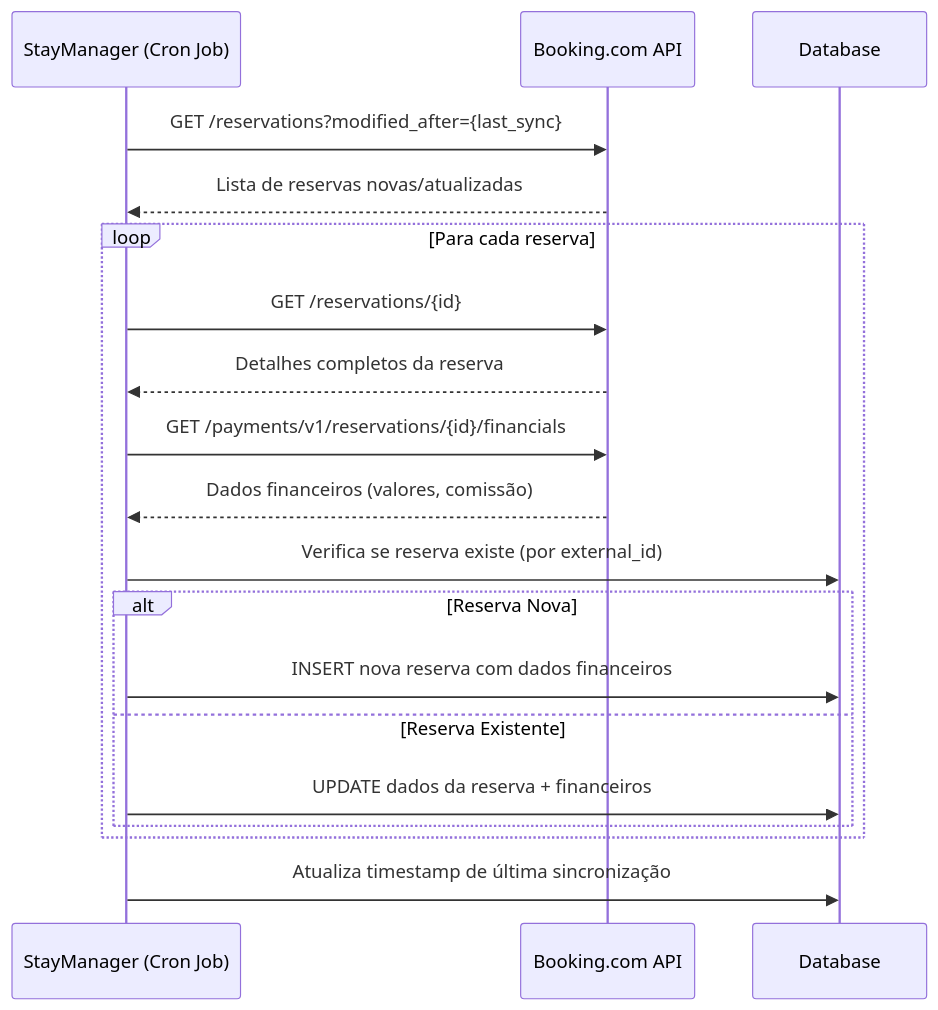
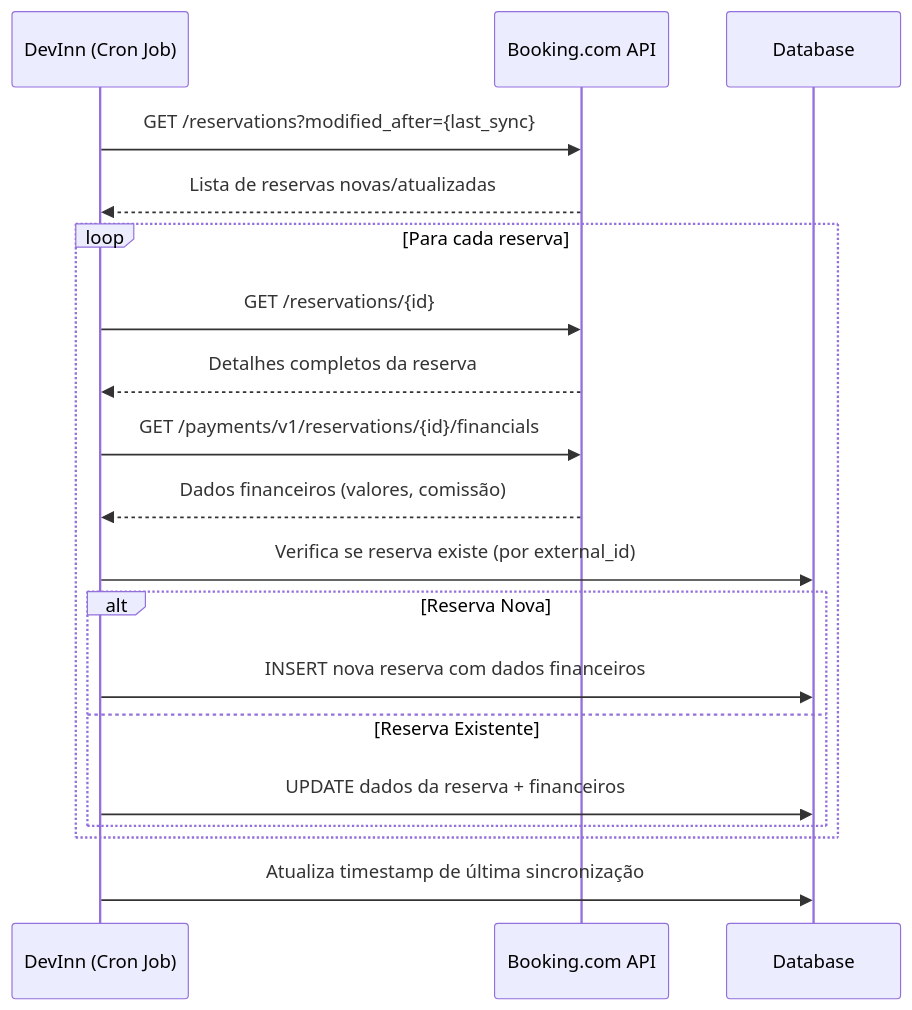
One commit to raffreitas/devinn changed the first of 3 diagrams in docs/INTEGRACAO-BOOKING.md. Above: the diagram before and after it, drawn with Mermaid. The commit also changed other lines of this file and 3 other files, not shown here.

````diff
--- a/docs/INTEGRACAO-BOOKING.md
+++ b/docs/INTEGRACAO-BOOKING.md
@@ -188,27 +188,27 @@
 ```mermaid
 sequenceDiagram
-    participant Cron as StayManager (Cron Job)
+    participant Cron as DevInn (Cron Job)
     participant API as Booking.com API
     participant DB as Database
 
     Cron->>API: GET /reservations?modified_after={last_sync}
     API-->>Cron: Lista de reservas novas/atualizadas
 
     loop Para cada reserva
         Cron->>API: GET /reservations/{id}
         API-->>Cron: Detalhes completos da reserva
 
         Cron->>API: GET /payments/v1/reservations/{id}/financials
         API-->>Cron: Dados financeiros (valores, comissão)
 
         Cron->>DB: Verifica se reserva existe (por external_id)
 
         alt Reserva Nova
             Cron->>DB: INSERT nova reserva com dados financeiros
         else Reserva Existente
             Cron->>DB: UPDATE dados da reserva + financeiros
         end
     end
 
     Cron->>DB: Atualiza timestamp de última sincronização
 ```
````
